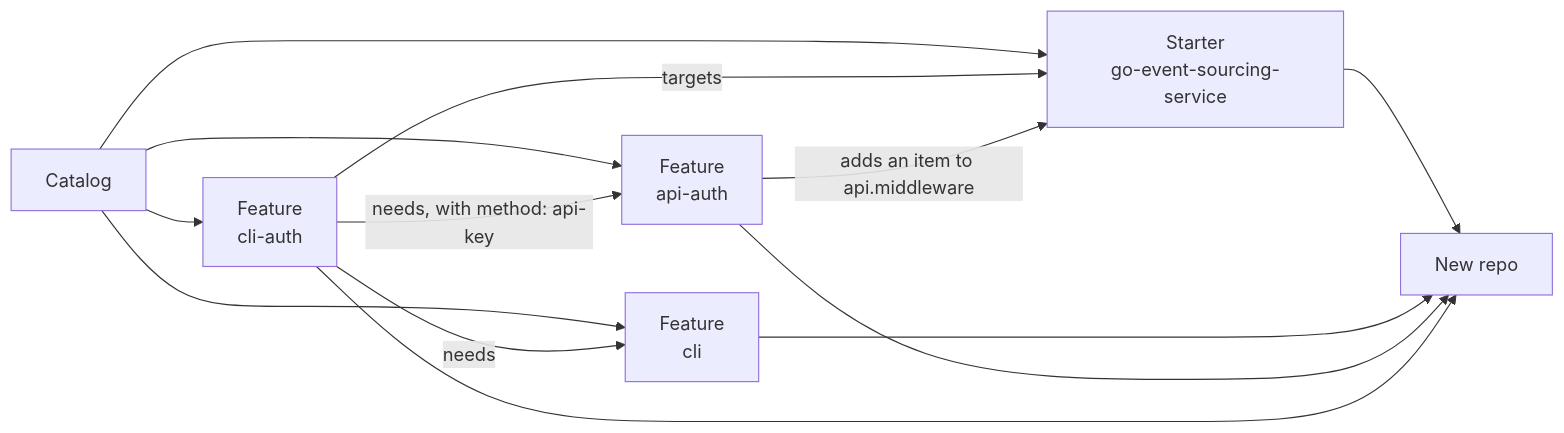
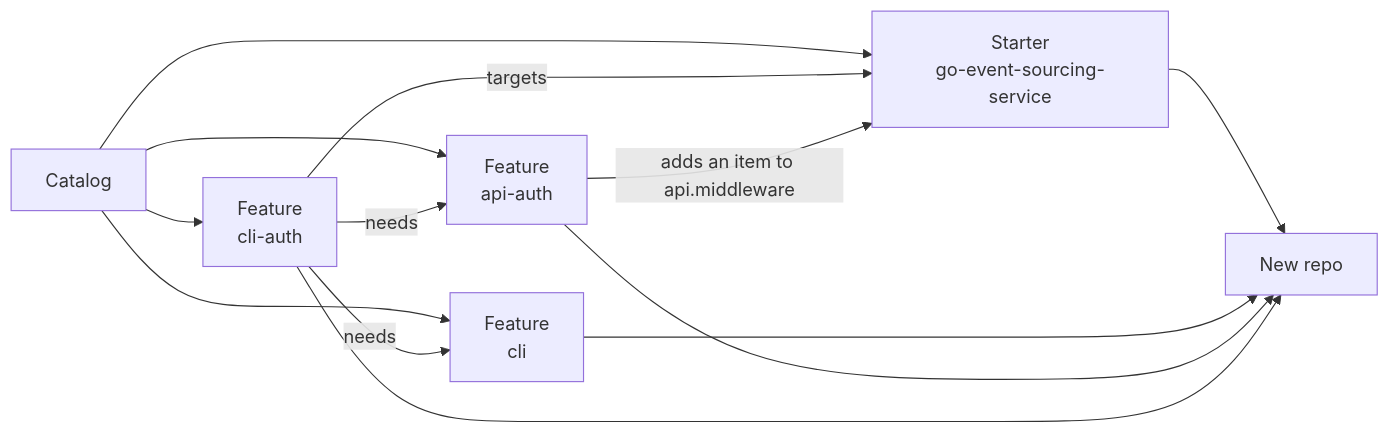
The diagram in README.md (hpcsc/feature-compose), drawn with Mermaid before and after one commit. The commit also changed other lines of this file and 9 other files, not shown here.

````diff
--- a/README.md
+++ b/README.md
@@ -63,15 +63,15 @@
 ```mermaid
 flowchart LR
     catalog["Catalog"] --> starter["Starter<br/>go-event-sourcing-service"]
     catalog --> cliAuth["Feature<br/>cli-auth"]
     catalog --> apiAuth["Feature<br/>api-auth"]
     catalog --> cli["Feature<br/>cli"]
     cliAuth -- targets --> starter
     cliAuth -- needs --> cli
-    cliAuth -- "needs, with method: api-key" --> apiAuth
+    cliAuth -- needs --> apiAuth
     apiAuth -- "adds an item to api.middleware" --> starter
     starter --> repo["New repo"]
     cli --> repo
     apiAuth --> repo
     cliAuth --> repo
 ```
````
